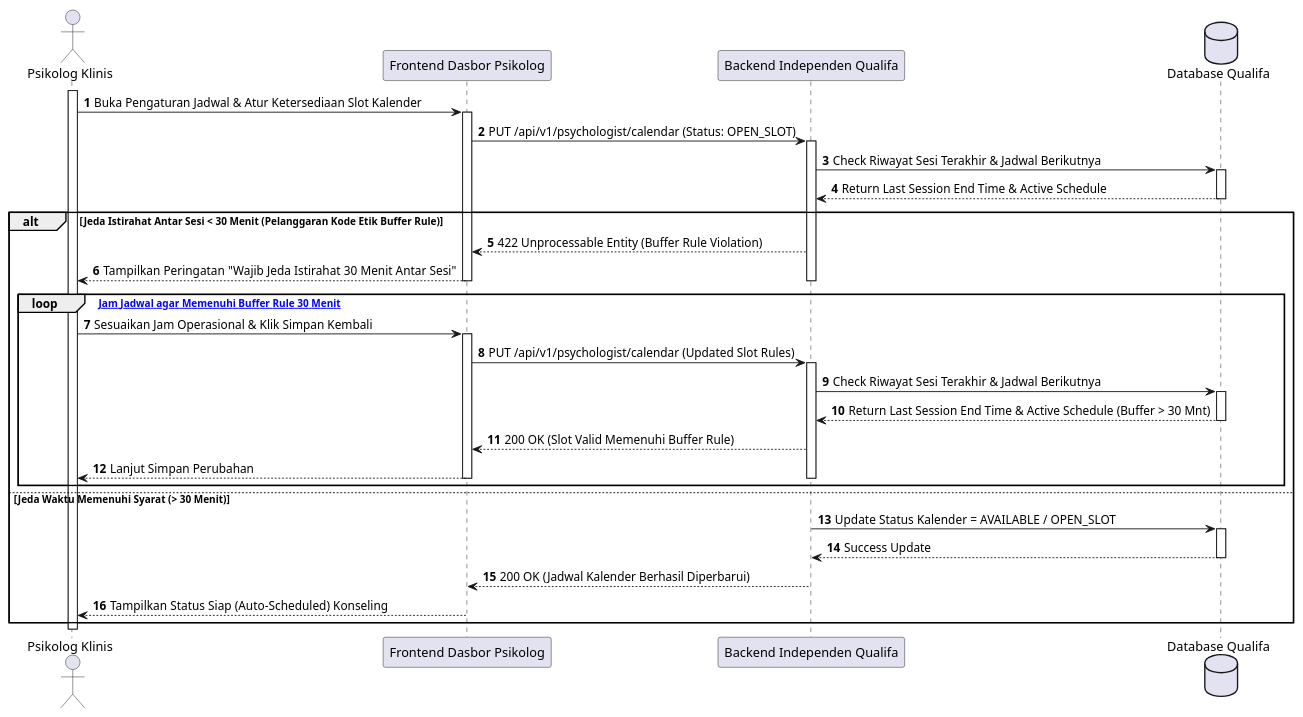
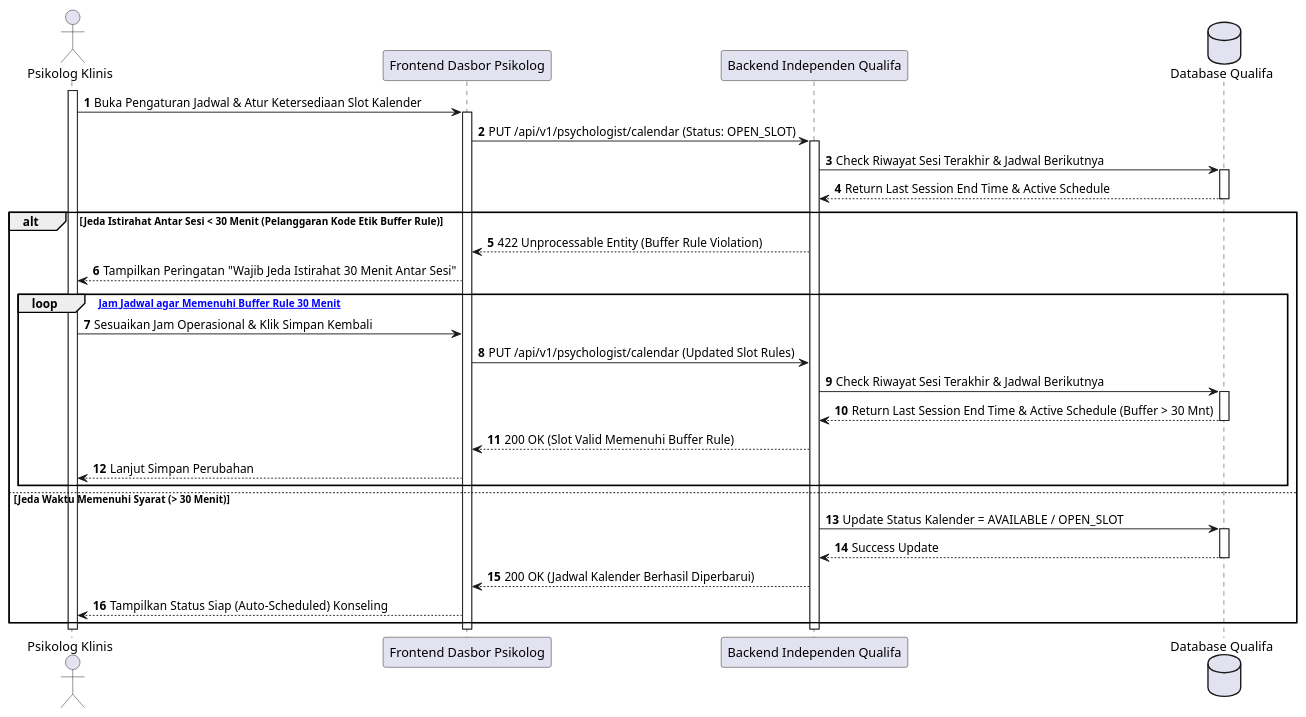
One commit to tupperwureism/SuperApp-Gagal changed diagram 19 of 27 in MarkDown/plantuml_sequence_diagrams.md. Above: the diagram before and after it, drawn with PlantUML. The commit also changed other lines of this file and 3 other files, not shown here.

Commit message:
fix(uml): enforce Continuous Activation Rule across alt/else/loop branches in SD-J-01, SD-Q-01, SD-J-02, SD-Q-02, SD-J-04, SD-Q-04, and SD-J-07 by removing premature deactivations and standalone activates

````diff
--- a/MarkDown/plantuml_sequence_diagrams.md
+++ b/MarkDown/plantuml_sequence_diagrams.md
@@ -1106,44 +1067,38 @@
 ```plantuml
 @startuml
 autonumber
 actor "Psikolog Klinis" as Mitra
 participant "Frontend Dasbor Psikolog" as FE
 participant "Backend Independen Qualifa" as BE
 database "Database Qualifa" as DB
 
 activate Mitra
 Mitra -> FE ++ : Buka Pengaturan Jadwal & Atur Ketersediaan Slot Kalender
 FE -> BE ++ : PUT /api/v1/psychologist/calendar (Status: OPEN_SLOT)
 
 BE -> DB ++ : Check Riwayat Sesi Terakhir & Jadwal Berikutnya
 DB --> BE -- : Return Last Session End Time & Active Schedule
 
 alt Jeda Istirahat Antar Sesi < 30 Menit (Pelanggaran Kode Etik Buffer Rule)
     BE --> FE : 422 Unprocessable Entity (Buffer Rule Violation)
     FE --> Mitra : Tampilkan Peringatan "Wajib Jeda Istirahat 30 Menit Antar Sesi"
-    deactivate BE
-    deactivate FE
     
     loop [Sesuaikan Jam Jadwal agar Memenuhi Buffer Rule 30 Menit]
-        Mitra -> FE ++ : Sesuaikan Jam Operasional & Klik Simpan Kembali
-        FE -> BE ++ : PUT /api/v1/psychologist/calendar (Updated Slot Rules)
+        Mitra -> FE : Sesuaikan Jam Operasional & Klik Simpan Kembali
+        FE -> BE : PUT /api/v1/psychologist/calendar (Updated Slot Rules)
         BE -> DB ++ : Check Riwayat Sesi Terakhir & Jadwal Berikutnya
         DB --> BE -- : Return Last Session End Time & Active Schedule (Buffer > 30 Mnt)
         BE --> FE : 200 OK (Slot Valid Memenuhi Buffer Rule)
         FE --> Mitra : Lanjut Simpan Perubahan
-        deactivate BE
-        deactivate FE
     end
 else Jeda Waktu Memenuhi Syarat (> 30 Menit)
-    activate BE
-    activate FE
     BE -> DB ++ : Update Status Kalender = AVAILABLE / OPEN_SLOT
     DB --> BE -- : Success Update
     BE --> FE : 200 OK (Jadwal Kalender Berhasil Diperbarui)
     FE --> Mitra : Tampilkan Status Siap (Auto-Scheduled) Konseling
 end
 deactivate BE
 deactivate FE
 deactivate Mitra
 @enduml
 ```
````
